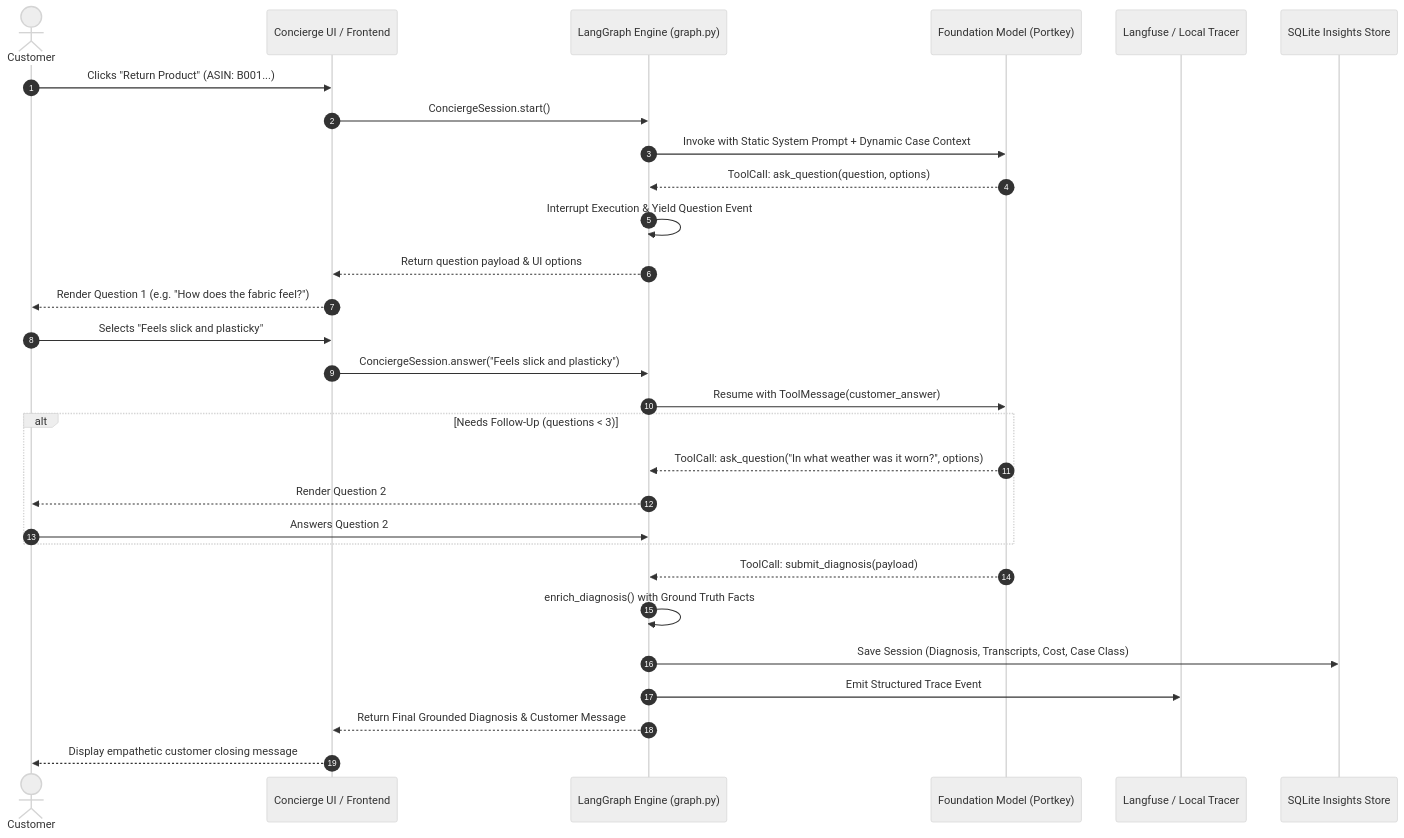
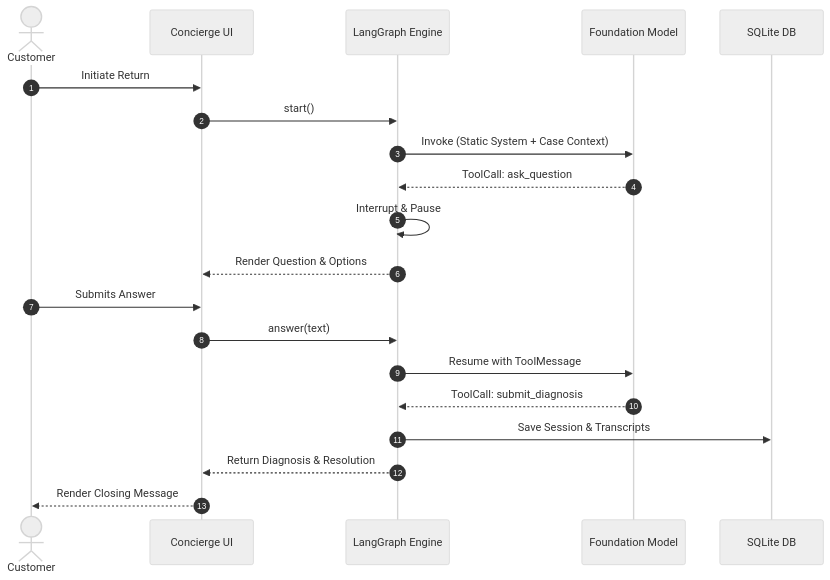
Before and after one commit to addy9051/True-texture-detector-AI-system: the third of 3 diagrams in docs/01_system_architecture.md, drawn with Mermaid (neutral theme). The commit also changed other lines of this file and 7 other files, not shown here.

Commit message:
docs: add comprehensive system documentation for architecture, LLMOps, pipeline operations, and developer guides.

````diff
--- a/docs/01_system_architecture.md
+++ b/docs/01_system_architecture.md
@@ -144,35 +100,23 @@
 ```mermaid
 sequenceDiagram
     autonumber
     actor Customer
-    participant App as Concierge UI / Frontend
-    participant Graph as LangGraph Engine (graph.py)
-    participant LLM as Foundation Model (Portkey)
-    participant Tracer as Langfuse / Local Tracer
-    participant DB as SQLite Insights Store
+    participant App as Concierge UI
+    participant Graph as LangGraph Engine
+    participant LLM as Foundation Model
+    participant DB as SQLite DB
 
-    Customer->>App: Clicks "Return Product" (ASIN: B001...)
-    App->>Graph: ConciergeSession.start()
-    Graph->>LLM: Invoke with Static System Prompt + Dynamic Case Context
-    LLM-->>Graph: ToolCall: ask_question(question, options)
-    Graph->>Graph: Interrupt Execution & Yield Question Event
-    Graph-->>App: Return question payload & UI options
-    App-->>Customer: Render Question 1 (e.g. "How does the fabric feel?")
-
-    Customer->>App: Selects "Feels slick and plasticky"
-    App->>Graph: ConciergeSession.answer("Feels slick and plasticky")
-    Graph->>LLM: Resume with ToolMessage(customer_answer)
-    
-    alt Needs Follow-Up (questions < 3)
-        LLM-->>Graph: ToolCall: ask_question("In what weather was it worn?", options)
-        Graph-->>Customer: Render Question 2
-        Customer->>Graph: Answers Question 2
-    end
-
-    LLM-->>Graph: ToolCall: submit_diagnosis(payload)
-    Graph->>Graph: enrich_diagnosis() with Ground Truth Facts
-    Graph->>DB: Save Session (Diagnosis, Transcripts, Cost, Case Class)
-    Graph->>Tracer: Emit Structured Trace Event
-    Graph-->>App: Return Final Grounded Diagnosis & Customer Message
-    App-->>Customer: Display empathetic customer closing message
+    Customer->>App: Initiate Return
+    App->>Graph: start()
+    Graph->>LLM: Invoke (Static System + Case Context)
+    LLM-->>Graph: ToolCall: ask_question
+    Graph->>Graph: Interrupt & Pause
+    Graph-->>App: Render Question & Options
+    Customer->>App: Submits Answer
+    App->>Graph: answer(text)
+    Graph->>LLM: Resume with ToolMessage
+    LLM-->>Graph: ToolCall: submit_diagnosis
+    Graph->>DB: Save Session & Transcripts
+    Graph-->>App: Return Diagnosis & Resolution
+    App-->>Customer: Render Closing Message
 ```
````
